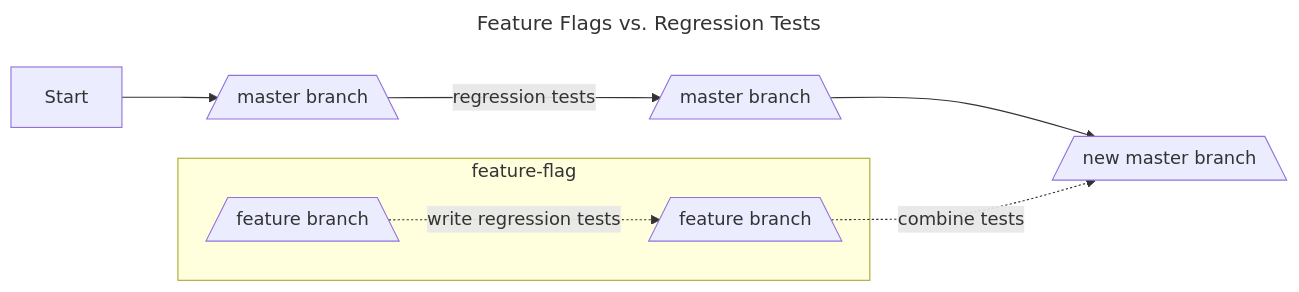
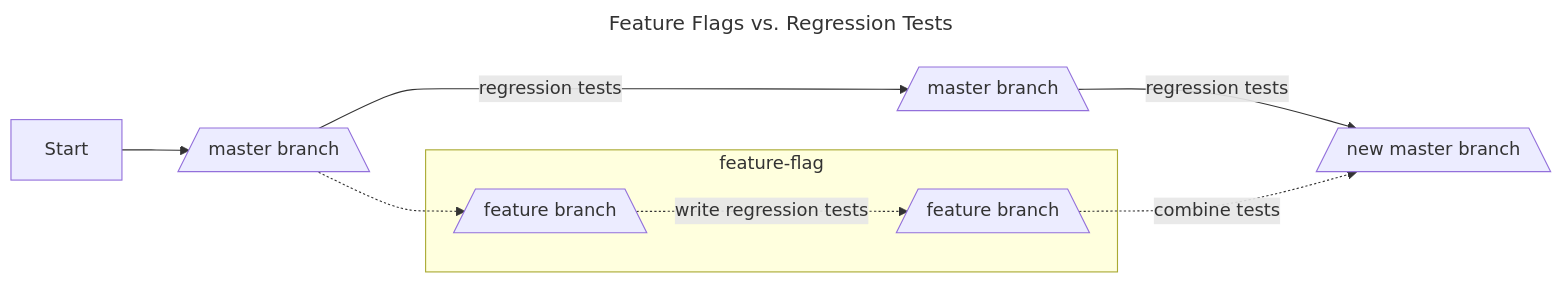
One commit to jessicahirsch/Mermaid-Diagrams changed the diagram in diagrams/diagram1.mmd. Above: the diagram before and after it, drawn with Mermaid.

Commit message:
fix: add additional regression tests to show continuous integration

```diff
--- a/diagrams/diagram1.mmd
+++ b/diagrams/diagram1.mmd
@@ -1,11 +1,12 @@
 ---
 title: Feature Flags vs. Regression Tests
 ---
 flowchart LR
 
-    Z[Start]-->A[/master branch\]--regression tests-->B[/master branch\]-->E[/new master branch\]
+    Z[Start]-->A[/master branch\]--regression tests-->B[/master branch\]--regression tests-->E[/new master branch\]
+    A[/master branch\]-.->C[/feature branch\]
     subgraph feature-flag
     C[/feature branch\]-.write regression tests .->D[/feature branch\]
     D[/feature branch\]
     end feature-flag
     D[/feature branch\]-.combine tests .->E[/new master branch\]
```
